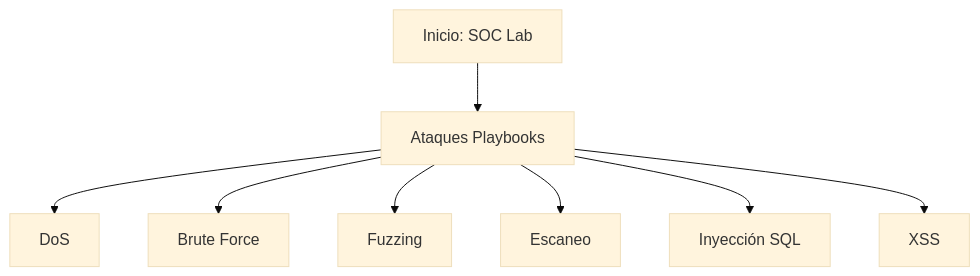
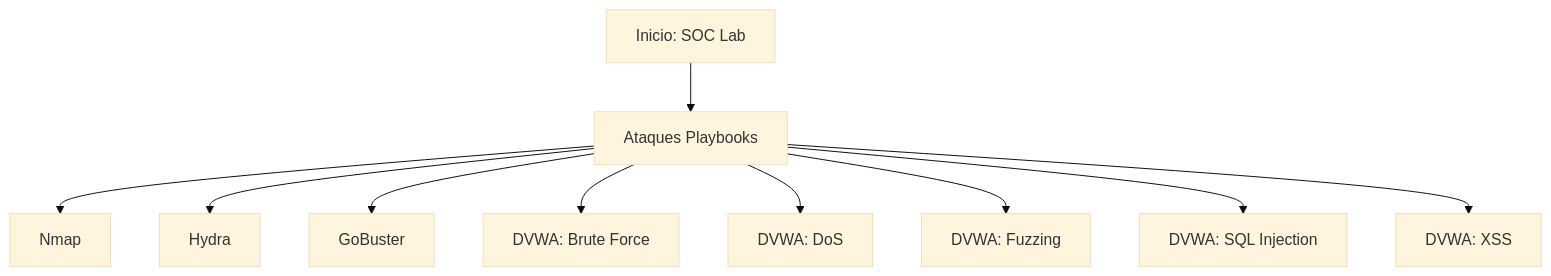
Before and after one commit to TomiGuasta/SocLab-Portfolio: the diagram in homelab-soc/docs/README.md, drawn with Mermaid (base theme). The commit also changed other lines of this file, not shown here.

````diff
--- a/homelab-soc/docs/README.md
+++ b/homelab-soc/docs/README.md
@@ -5,17 +5,21 @@
 ```mermaid
 graph TD
     A[Inicio: SOC Lab] --> B[Ataques Playbooks]
-    B --> C[DoS]
-    B --> D[Brute Force]
-    B --> E[Fuzzing]
-    B --> F[Escaneo]
-    B --> G[Inyección SQL]
-    B --> H[XSS]
+    B --> C[Nmap]
+    B --> D[Hydra]
+    B --> E[GoBuster]
+    B --> F[DVWA: Brute Force]
+    B --> G[DVWA: DoS]
+    B --> H[DVWA: Fuzzing]
+    B --> I[DVWA: SQL Injection]
+    B --> J[DVWA: XSS]
     
-    click C "../01_Playbooks/Playbook-DoS.md"
-    click D "../01_Playbooks/Playbook-DVWA-BruteForce.md"
-    click E "../01_Playbooks/Playbook-GoBuster-Fuzzing.md"
-    click F "../01_Playbooks/Playbook-Nmap.md"
-    click G "../01_Playbooks/Playbook-SQLInjection.md"
-    click H "../01_Playbooks/Playbook-XSS.md"
+    click C "https://github.com/TomiGuasta/SocLab-Portfolio/tree/main/homelab-soc/docs/Nmap%20-%20PortScan"
+    click D "https://github.com/TomiGuasta/SocLab-Portfolio/tree/main/homelab-soc/docs/Hydra%20-%20BruteForce"
+    click E "https://github.com/TomiGuasta/SocLab-Portfolio/tree/main/homelab-soc/docs/GoBuster%20-%20Fuzzing"
+    click F "https://github.com/TomiGuasta/SocLab-Portfolio/tree/main/homelab-soc/docs/DVWA-Attacks/BruteForce"
+    click G "https://github.com/TomiGuasta/SocLab-Portfolio/tree/main/homelab-soc/docs/DVWA-Attacks/DoS"
+    click H "https://github.com/TomiGuasta/SocLab-Portfolio/tree/main/homelab-soc/docs/DVWA-Attacks/Fuzzing"
+    click I "https://github.com/TomiGuasta/SocLab-Portfolio/tree/main/homelab-soc/docs/DVWA-Attacks/SQL%20Injection%20%2B%20Hashing"
+    click J "https://github.com/TomiGuasta/SocLab-Portfolio/tree/main/homelab-soc/docs/DVWA-Attacks/XSS"
 ```
````
